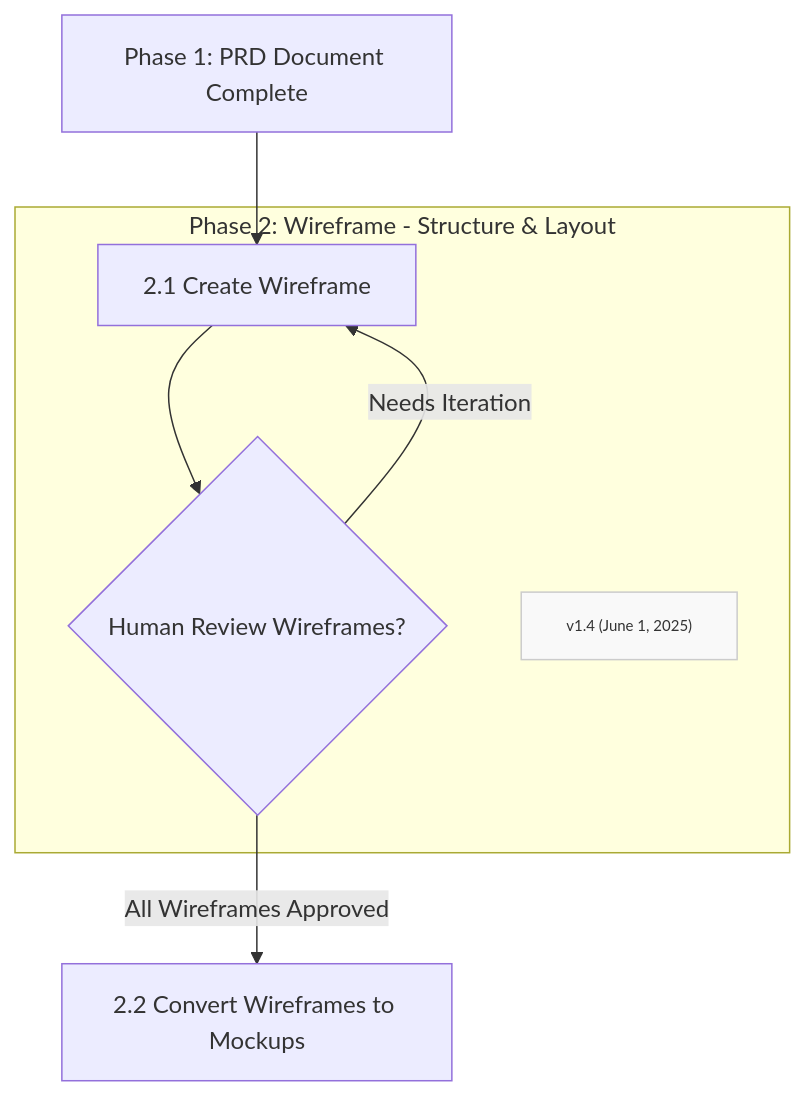
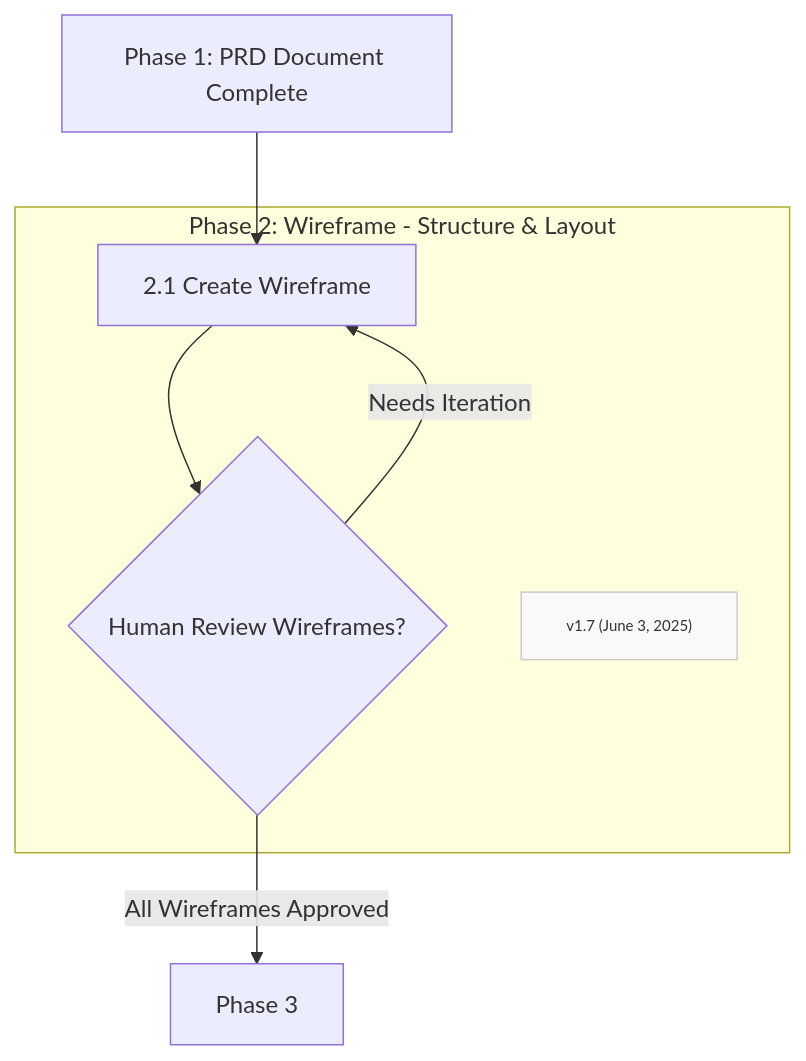
One commit to Mharbulous/Front-First-Method changed the diagram in Phases/FF-phase2.md. Above: the diagram before and after it, drawn with Mermaid. The commit also changed 2 other files, not shown here.

Commit message:
Updating phase diagrams

````diff
--- a/Phases/FF-phase2.md
+++ b/Phases/FF-phase2.md
@@ -3,15 +3,15 @@
 ```mermaid
 graph TD
     
     B1["Phase 1: PRD Document Complete"] --> B2["2.1 Create Wireframe"]    
     subgraph Phase2["Phase 2: Wireframe - Structure & Layout"]
         B2 --> B2_Val{"Human Review Wireframes?"}
         B2_Val -->|Needs Iteration| B2
-        Version["v1.4 (June 1, 2025)"]
+        Version["v1.7 (June 3, 2025)"]
         classDef version fill:#f9f9f9,stroke:#ccc,font-size:10px
         class Version version
     end
-B2_Val -->|All Wireframes Approved| B3["2.2 Convert Wireframes to Mockups"]
+B2_Val -->|All Wireframes Approved| B3["Phase 3"]
 
 
 ```
````
